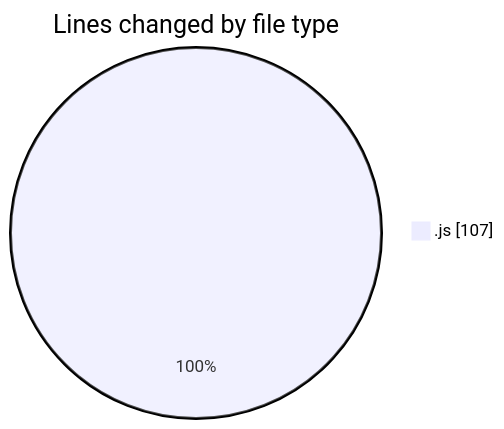
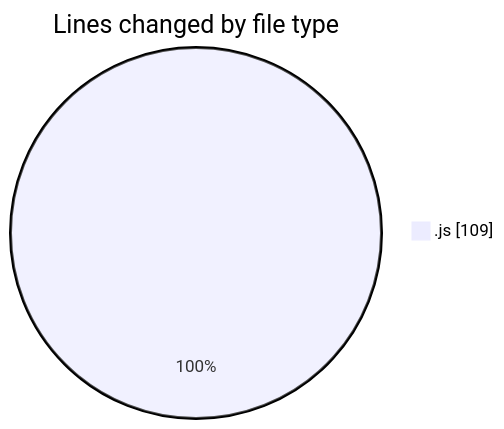
One commit to momahboobian/code-tracking changed the first of 2 diagrams in 2025-03-13/cda/README.md. Above: the diagram before and after it, drawn with Mermaid. The commit also changed other lines of this file and 1 other file, not shown here.

````diff
--- a/2025-03-13/cda/README.md
+++ b/2025-03-13/cda/README.md
@@ -21,5 +21,5 @@
 ```mermaid
 pie showData
 title Lines changed by file type
-".js" : 107
+".js" : 109
 ```
````
